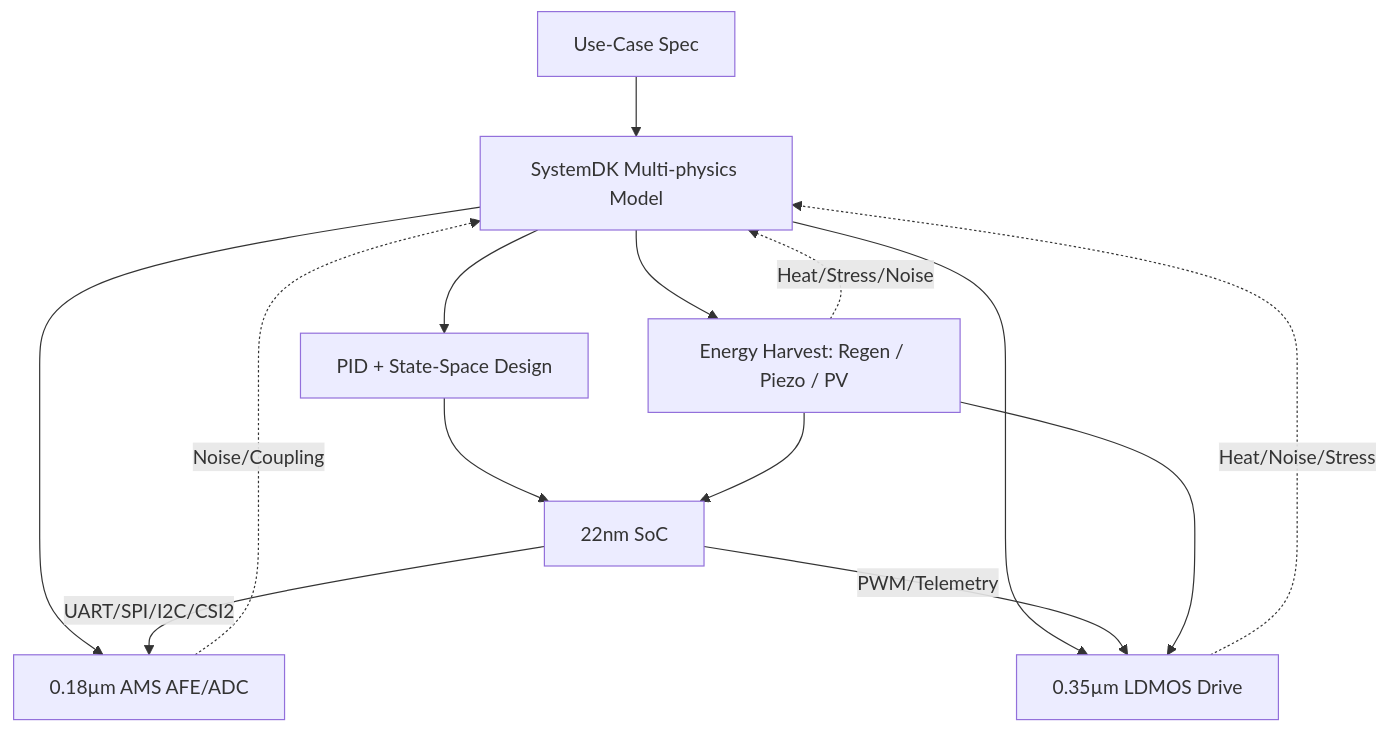
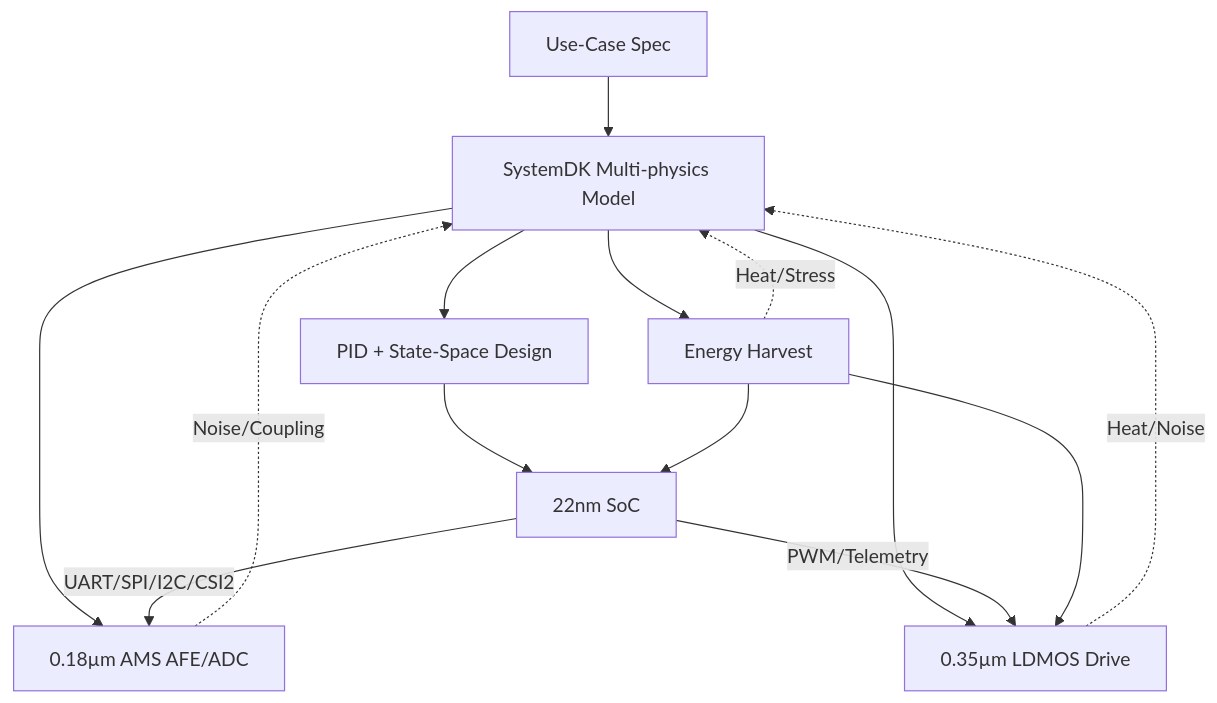
The diagram in PoC/humanoid/README.md (Samizo-AITL/AITL-H), drawn with Mermaid before and after one commit. The commit also changed other lines of this file, not shown here.

````diff
--- a/PoC/humanoid/README.md
+++ b/PoC/humanoid/README.md
@@ -91,16 +69,16 @@
 ```mermaid
 flowchart TB
   Spec[Use-Case Spec] --> Model[SystemDK Multi-physics Model]
   Model --> Ctrl[PID + State-Space Design]
   Ctrl --> RTL[22nm SoC]
   Model --> AMS[0.18µm AMS AFE/ADC]
   Model --> PWR[0.35µm LDMOS Drive]
-  Model --> Harvest[Energy Harvest: Regen / Piezo / PV]
+  Model --> Harvest[Energy Harvest]
   RTL -->|UART/SPI/I2C/CSI2| AMS
   RTL -->|PWM/Telemetry| PWR
   Harvest --> PWR
   Harvest --> RTL
-  PWR -.Heat/Noise/Stress.-> Model
+  PWR -.Heat/Noise.-> Model
   AMS -.Noise/Coupling.-> Model
-  Harvest -.Heat/Stress/Noise.-> Model
+  Harvest -.Heat/Stress.-> Model
 ```
````
